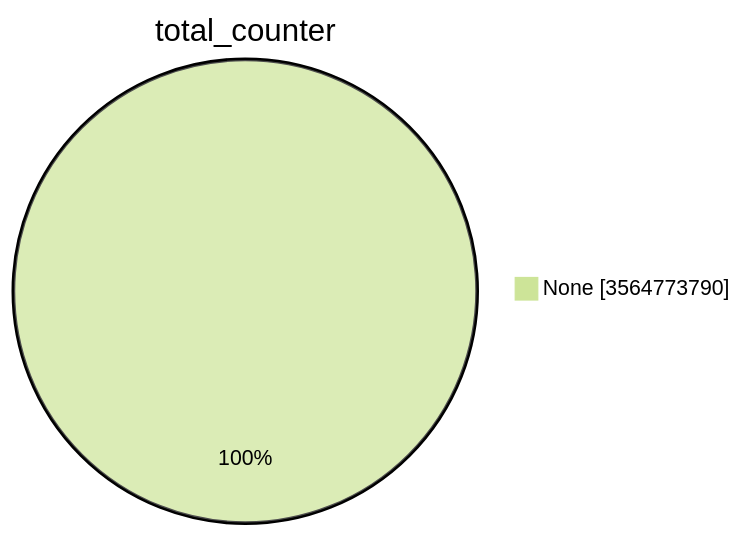
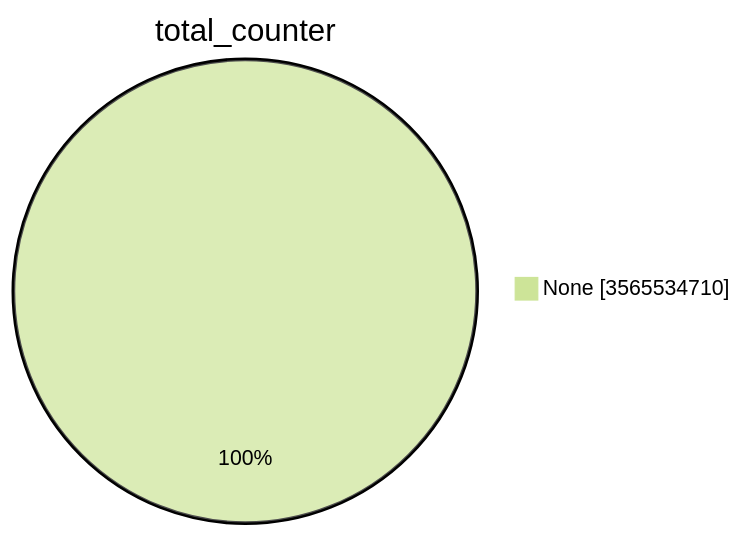
One commit to christiankrug/ctmonitor_visualization changed the first of 15 diagrams in TOTAL/README.md. Above: the diagram before and after it, drawn with Mermaid (forest theme). The commit also changed other lines of this file, not shown here.

````diff
--- a/TOTAL/README.md
+++ b/TOTAL/README.md
@@ -1,5 +1,5 @@
 ```mermaid
 pie showData
 title total_counter
-"None" :3564773790
+"None" :3565534710
 ```
````
